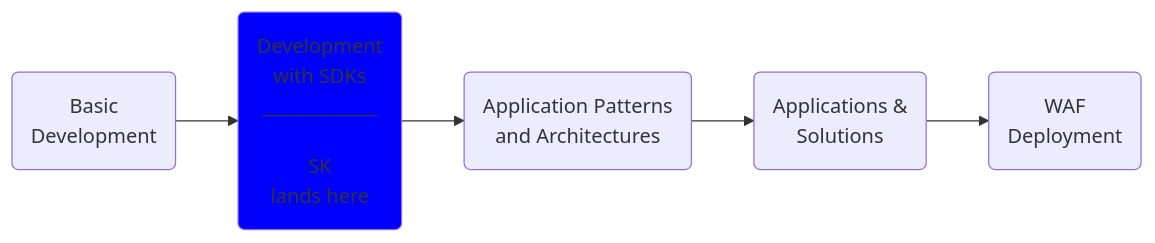
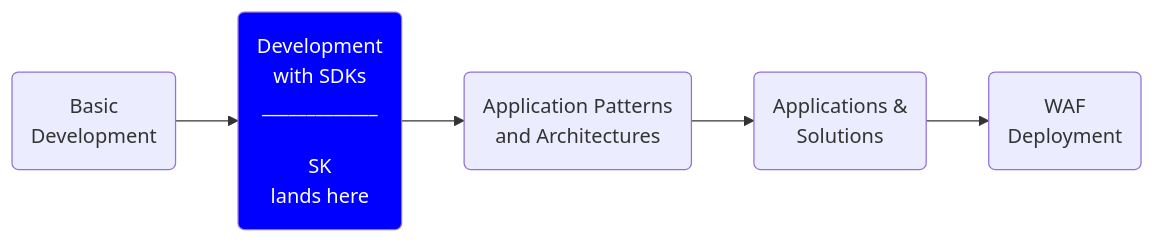
Before and after one commit to msalemor/sk-dev-training: the diagram in README.md, drawn with Mermaid.

````diff
--- a/README.md
+++ b/README.md
@@ -108,10 +108,10 @@
 ```mermaid
 graph LR;
   A(Basic<br/>Development) --> B(Development<br/>with SDKs<br/>_____________<br/> <br/>SK<br/>lands here)
   B-->C(Application Patterns<br/>and Architectures)
   C-->D(Applications &<br/>Solutions)
   D-->E(WAF<br/>Deployment)  
-  classDef someclass fill:blue
+  classDef someclass fill:blue,color:white
   class B someclass
 
 ```
````
